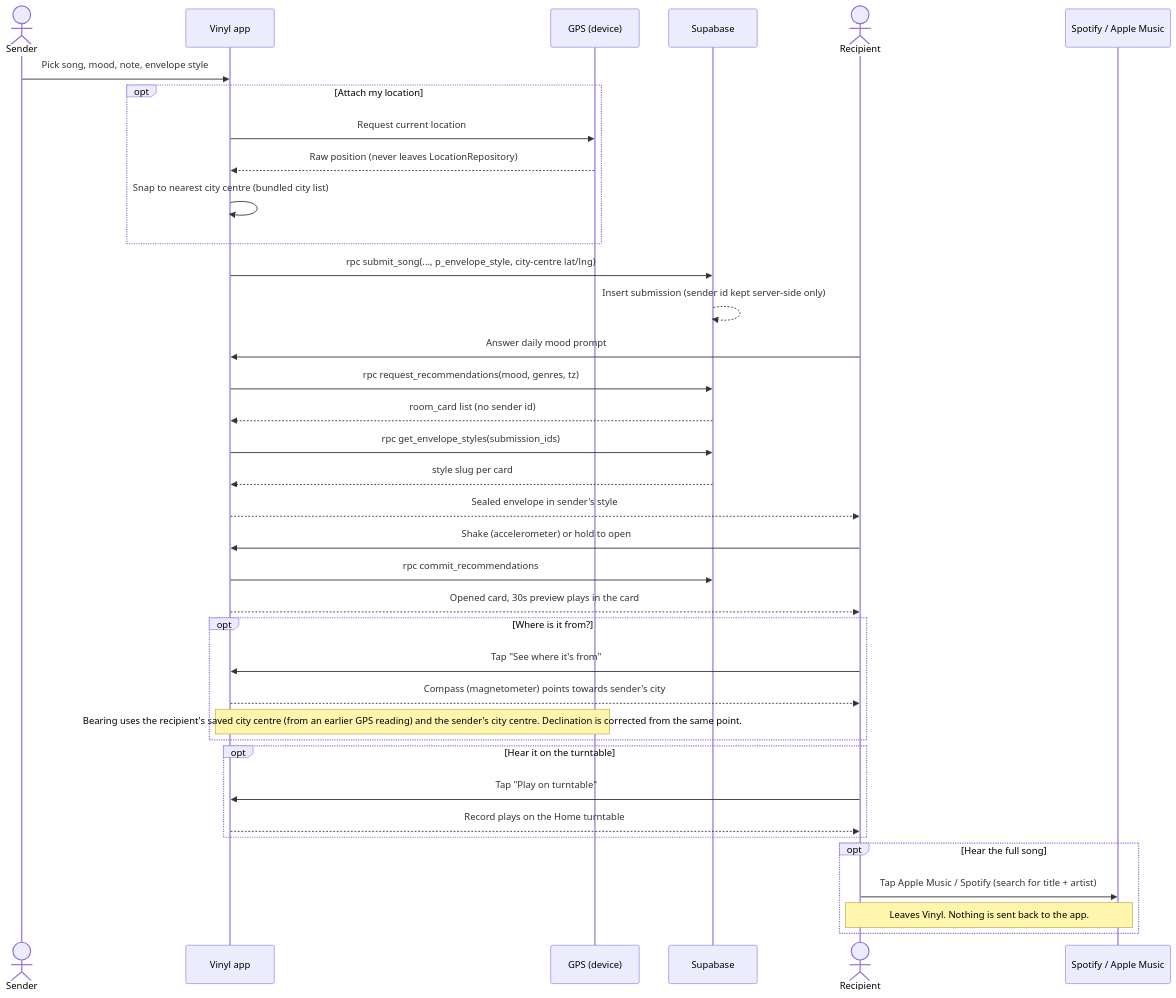
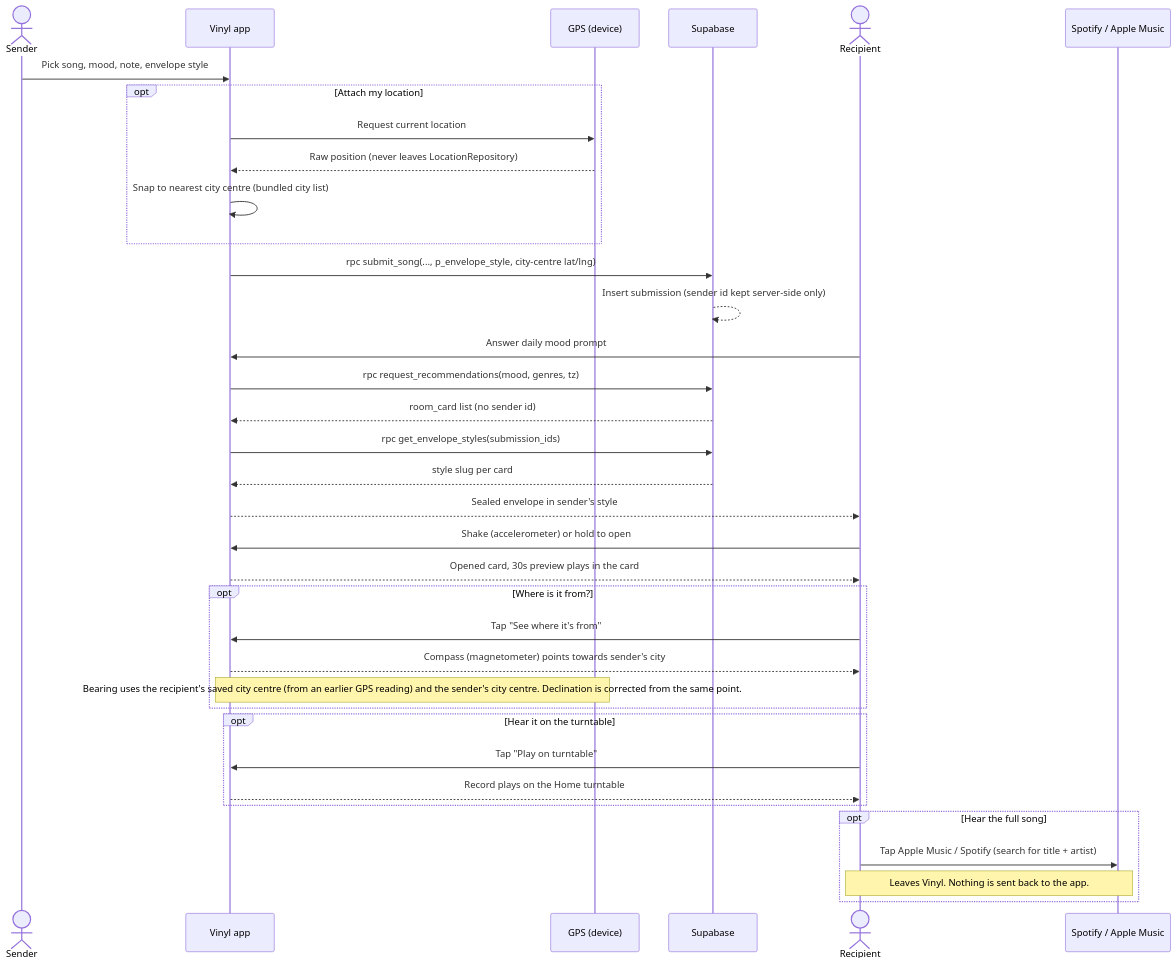
Before and after one commit to killlel/comp90018: the second of 4 diagrams in README.md, drawn with Mermaid. The commit also changed other lines of this file and 26 other files, not shown here.

````diff
--- a/README.md
+++ b/README.md
@@ -60,42 +60,41 @@
 ```mermaid
 sequenceDiagram
     actor Sender
     participant App as Vinyl app
     participant GPS as GPS (device)
     participant DB as Supabase
     actor Recipient
     participant Ext as Spotify / Apple Music
 
     Sender->>App: Pick song, mood, note, envelope style
     opt Attach my location
         App->>GPS: Request current location
         GPS-->>App: Raw position (never leaves LocationRepository)
         App->>App: Snap to nearest city centre (bundled city list)
     end
     App->>DB: rpc submit_song(..., p_envelope_style, city-centre lat/lng)
     DB-->>DB: Insert submission (sender id kept server-side only)
 
     Recipient->>App: Answer daily mood prompt
     App->>DB: rpc request_recommendations(mood, genres, tz)
     DB-->>App: room_card list (no sender id)
     App->>DB: rpc get_envelope_styles(submission_ids)
     DB-->>App: style slug per card
     App-->>Recipient: Sealed envelope in sender's style
     Recipient->>App: Shake (accelerometer) or hold to open
-    App->>DB: rpc commit_recommendations
     App-->>Recipient: Opened card, 30s preview plays in the card
 
     opt Where is it from?
         Recipient->>App: Tap "See where it's from"
         App-->>Recipient: Compass (magnetometer) points towards sender's city
         Note over App,GPS: Bearing uses the recipient's saved city centre (from an earlier GPS reading) and the sender's city centre. Declination is corrected from the same point.
     end
     opt Hear it on the turntable
         Recipient->>App: Tap "Play on turntable"
         App-->>Recipient: Record plays on the Home turntable
     end
     opt Hear the full song
         Recipient->>Ext: Tap Apple Music / Spotify (search for title + artist)
         Note over Recipient,Ext: Leaves Vinyl. Nothing is sent back to the app.
     end
 ```
````
